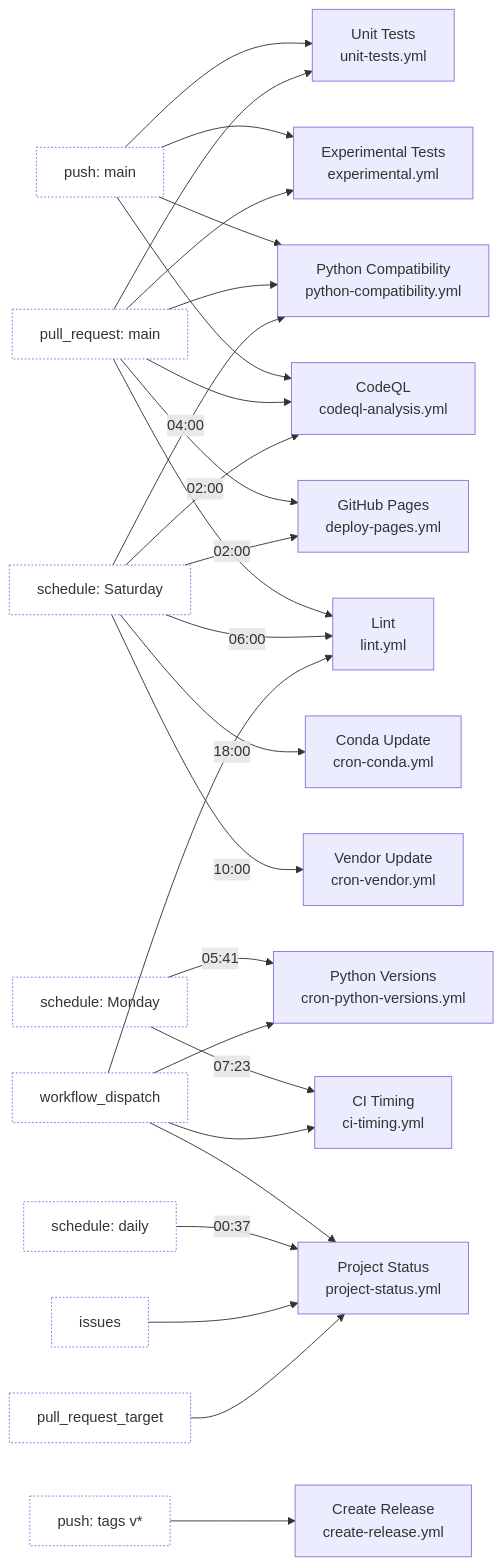
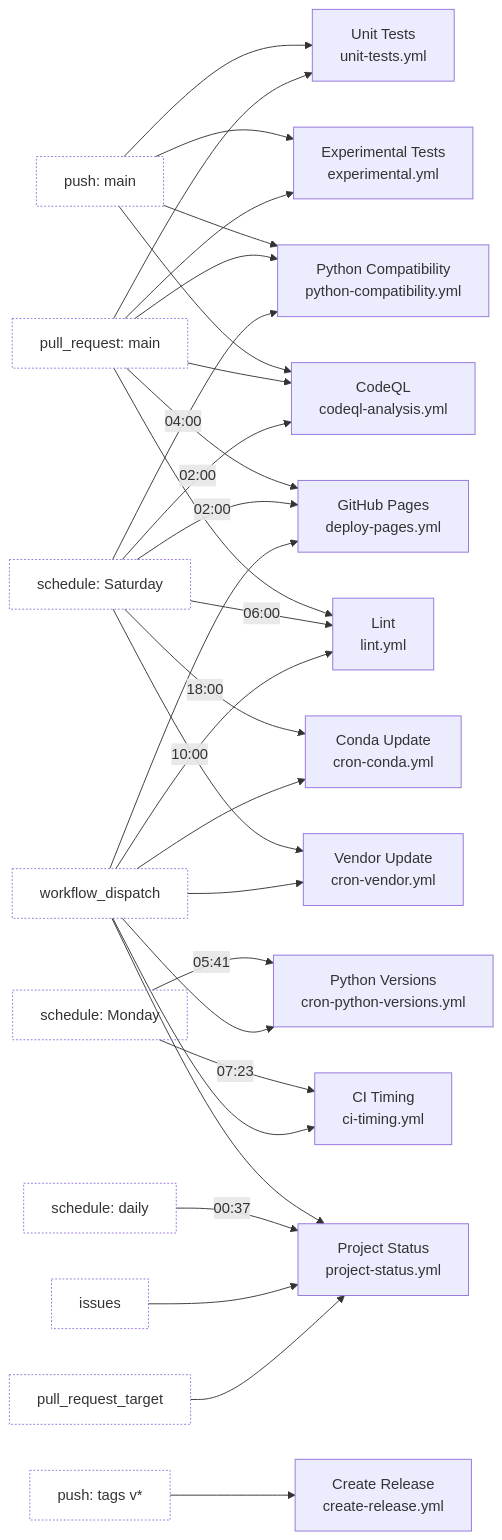
One commit to JarryShaw/PyPCAPKit changed the first of 3 diagrams in docs/source/contributing/workflows.rst. Above: the diagram before and after it, drawn with Mermaid. The commit also changed other lines of this file and 17 other files, not shown here.

```diff
--- a/docs/source/contributing/workflows.rst
+++ b/docs/source/contributing/workflows.rst
@@ -153,66 +153,69 @@
 .. mermaid::
 
    flowchart LR
        PUSH["push: main"]
        PR["pull_request: main"]
        SAT["schedule: Saturday"]
        MON["schedule: Monday"]
        DISPATCH["workflow_dispatch"]
        DAILY["schedule: daily"]
        ISSUES["issues"]
        PRT["pull_request_target"]
        TAG["push: tags v*"]
 
        UT["Unit Tests<br/>unit-tests.yml"]
        EX["Experimental Tests<br/>experimental.yml"]
        PC["Python Compatibility<br/>python-compatibility.yml"]
        CQ["CodeQL<br/>codeql-analysis.yml"]
        GP["GitHub Pages<br/>deploy-pages.yml"]
        CU["Conda Update<br/>cron-conda.yml"]
        LT["Lint<br/>lint.yml"]
        VU["Vendor Update<br/>cron-vendor.yml"]
        PV["Python Versions<br/>cron-python-versions.yml"]
        CT["CI Timing<br/>ci-timing.yml"]
        PS["Project Status<br/>project-status.yml"]
        CR["Create Release<br/>create-release.yml"]
 
        PUSH --> UT
        PR --> UT
 
        PUSH --> EX
        PR --> EX
 
        PUSH --> PC
        PR --> PC
        SAT -->|04:00| PC
 
        PUSH --> CQ
        PR --> CQ
        SAT -->|02:00| CQ
 
        PR --> GP
        SAT -->|02:00| GP
+       DISPATCH --> GP
 
        SAT -->|18:00| CU
+       DISPATCH --> CU
 
        PR --> LT
        SAT -->|06:00| LT
        DISPATCH --> LT
 
        SAT -->|10:00| VU
+       DISPATCH --> VU
 
        MON -->|05:41| PV
        DISPATCH --> PV
 
        MON -->|07:23| CT
        DISPATCH --> CT
 
        DISPATCH --> PS
        DAILY -->|00:37| PS
        ISSUES --> PS
        PRT --> PS
 
        TAG --> CR
 
        classDef trig fill:none,stroke-dasharray:2 2
        class PUSH,PR,SAT,MON,DISPATCH,DAILY,ISSUES,PRT,TAG trig
```
